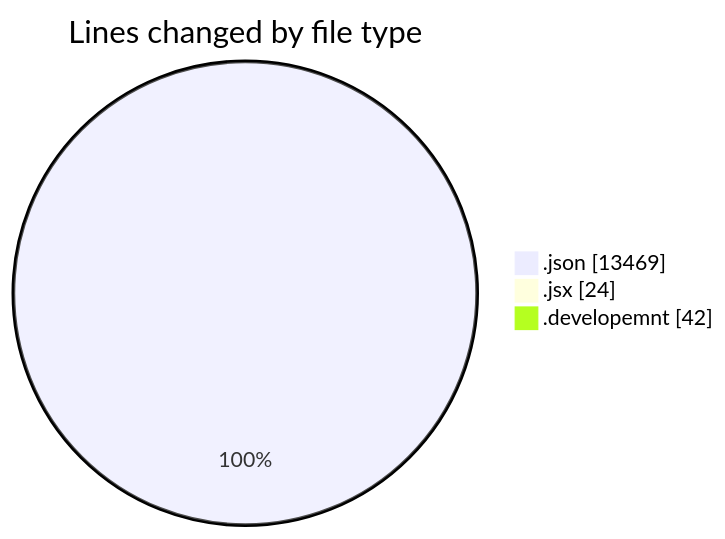
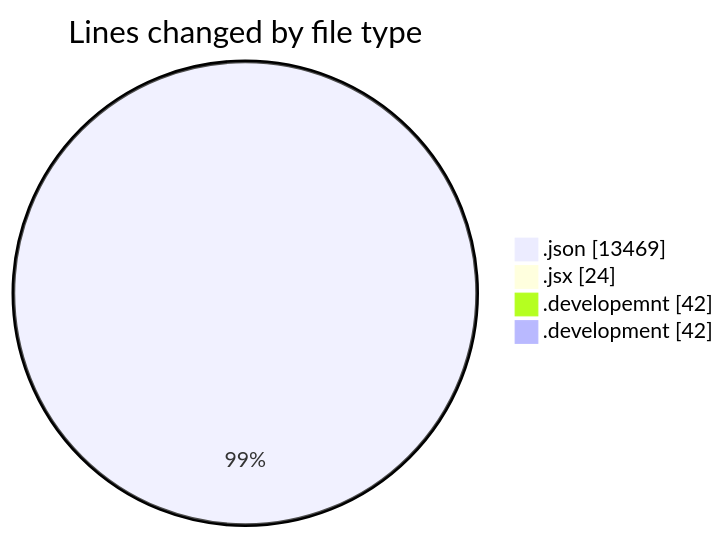
Before and after one commit to nxtqubesakshisongat/code-tracking: the first of 2 diagrams in 2025-10-30/nxtqube_webapp/README.md, drawn with Mermaid. The commit also changed other lines of this file and 1 other file, not shown here.

````diff
--- a/2025-10-30/nxtqube_webapp/README.md
+++ b/2025-10-30/nxtqube_webapp/README.md
@@ -22,7 +23,8 @@
 ```mermaid
 pie showData
 title Lines changed by file type
 ".json" : 13469
 ".jsx" : 24
 ".developemnt" : 42
+".development" : 42
 ```
````
